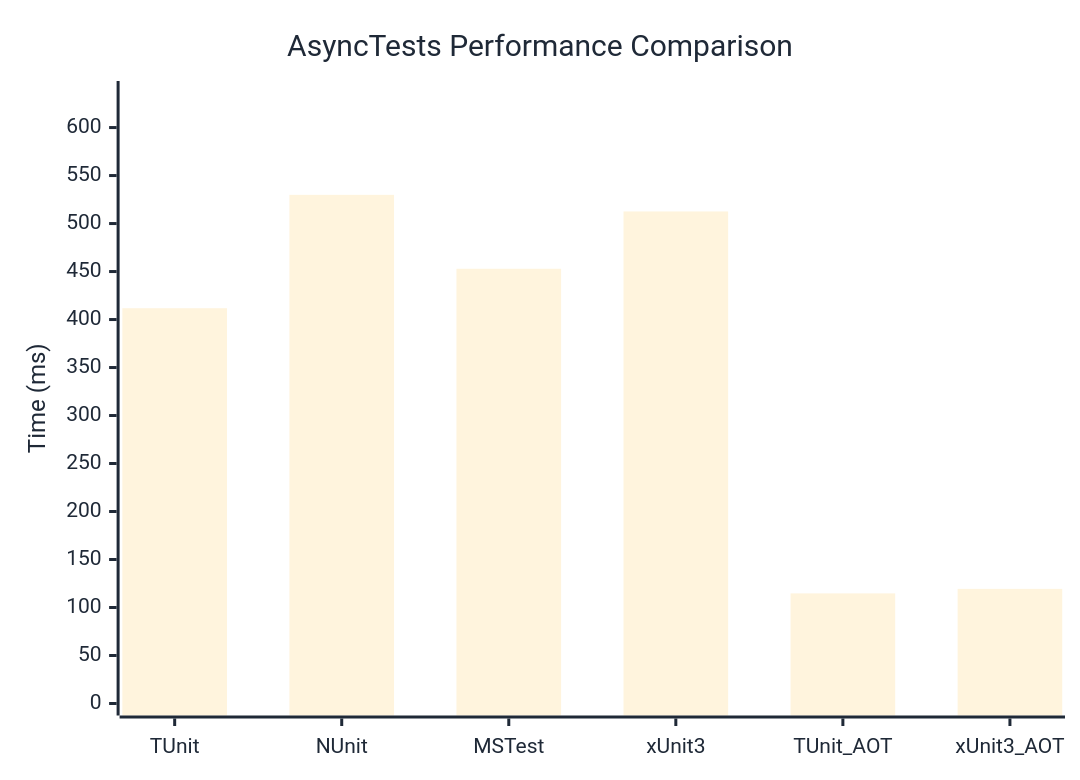
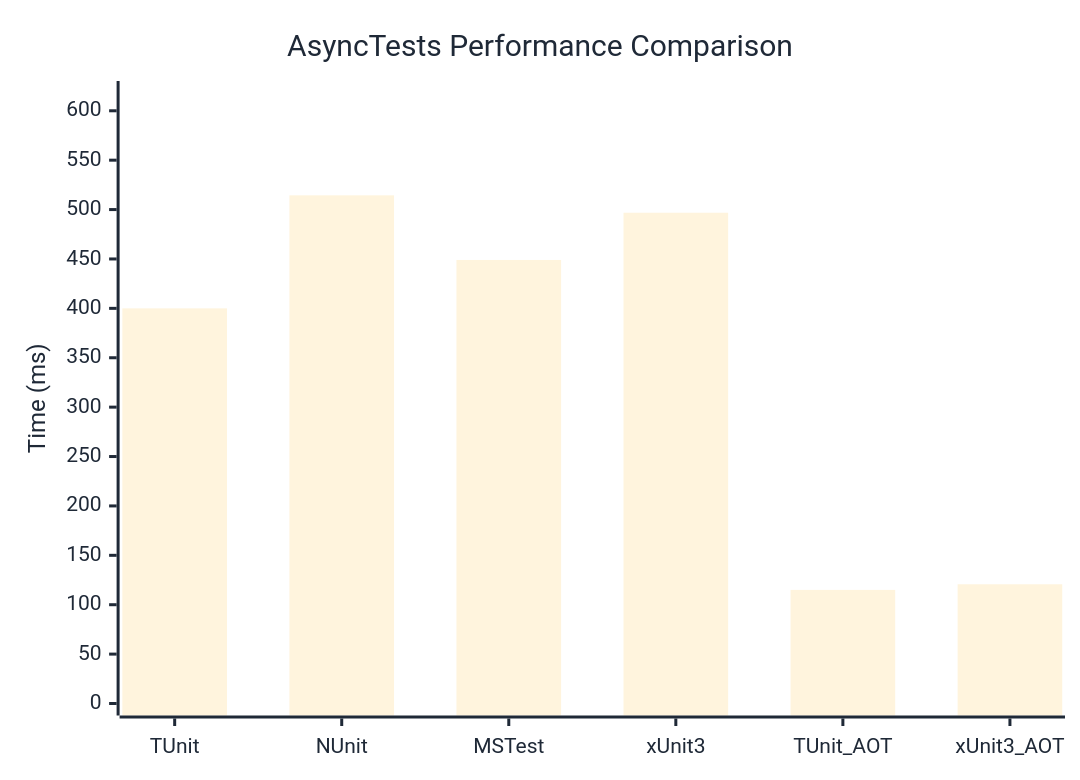
The diagram in docs/docs/benchmarks/engine/AsyncTests.md (thomhurst/TUnit), drawn with Mermaid before and after one commit. The commit also changed other lines of this file and 17 other files, not shown here.

````diff
--- a/docs/docs/benchmarks/engine/AsyncTests.md
+++ b/docs/docs/benchmarks/engine/AsyncTests.md
@@ -30,37 +30,37 @@
 ```mermaid
 %%{init: {
   'theme':'base',
   'themeVariables': {
     'primaryColor': '#2563eb',
     'primaryTextColor': '#1f2937',
     'primaryBorderColor': '#1e40af',
     'lineColor': '#6b7280',
     'secondaryColor': '#7c3aed',
     'tertiaryColor': '#dc2626',
     'background': '#ffffff',
     'mainBkg': '#2563eb',
     'secondBkg': '#7c3aed',
     'tertiaryBkg': '#dc2626',
     'clusterBkg': '#f3f4f6',
     'edgeLabelBackground': '#ffffff',
     'tertiaryTextColor': '#1f2937',
     'pie1': '#2563eb',
     'pie2': '#7c3aed',
     'pie3': '#dc2626',
     'pie4': '#f59e0b',
     'pie5': '#10b981',
     'pie6': '#06b6d4',
     'pie7': '#ec4899',
     'pie8': '#6366f1',
     'pie9': '#84cc16',
     'pie10': '#f97316',
     'pie11': '#14b8a6',
     'pie12': '#a855f7'
   }
 }}%%
 xychart-beta
   title "AsyncTests Performance Comparison"
   x-axis ["TUnit", "NUnit", "MSTest", "xUnit3", "TUnit_AOT", "xUnit3_AOT"]
-  y-axis "Time (ms)" 0 --> 636
-  bar [411.8, 529.9, 452.9, 512.6, 114.7, 119.4]
+  y-axis "Time (ms)" 0 --> 618
+  bar [400, 514.4, 449, 496.8, 115, 120.7]
 ```
````
